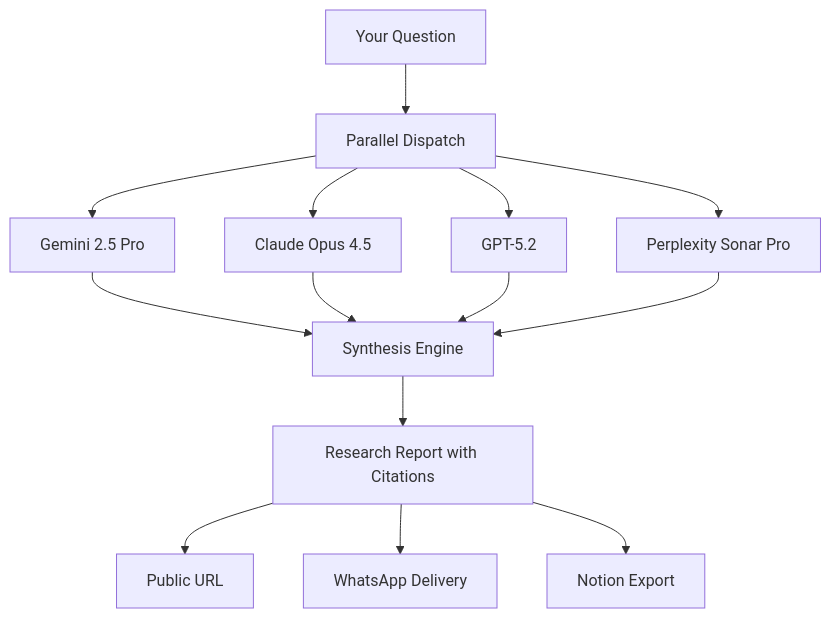
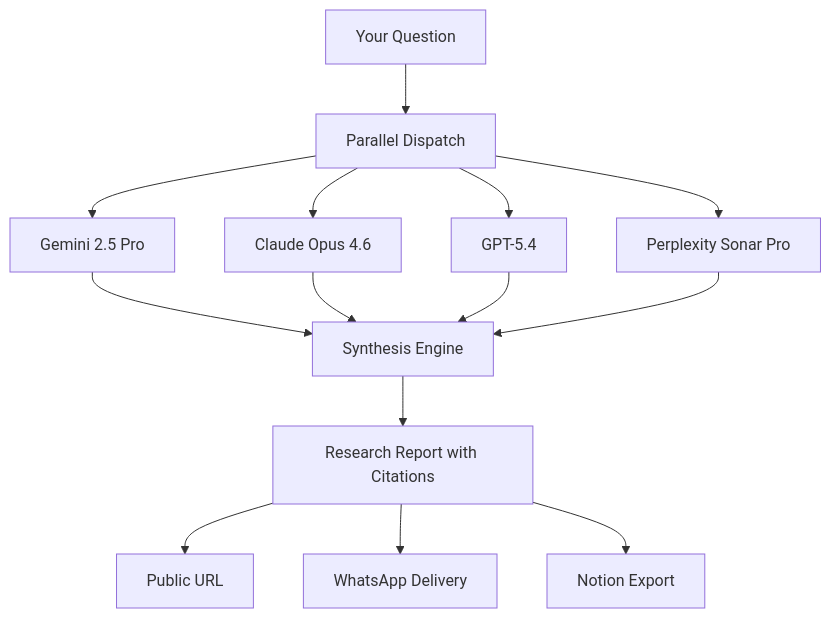
Before and after one commit to pbuchman/intexuraos: the third of 4 diagrams in README.md, drawn with Mermaid. The commit also changed other lines of this file and 92 other files, not shown here.

````diff
--- a/README.md
+++ b/README.md
@@ -157,15 +157,15 @@
 ```mermaid
 graph TB
     Q[Your Question] --> P[Parallel Dispatch]
 
     P --> Gemini[Gemini 2.5 Pro]
-    P --> Claude[Claude Opus 4.5]
-    P --> GPT[GPT-5.2]
+    P --> Claude[Claude Opus 4.6]
+    P --> GPT[GPT-5.4]
     P --> Sonar[Perplexity Sonar Pro]
 
     Gemini & Claude & GPT & Sonar --> S[Synthesis Engine]
     S --> R[Research Report with Citations]
     R --> Share[Public URL]
     R --> WA2[WhatsApp Delivery]
     R --> Notion[Notion Export]
 ```
````
